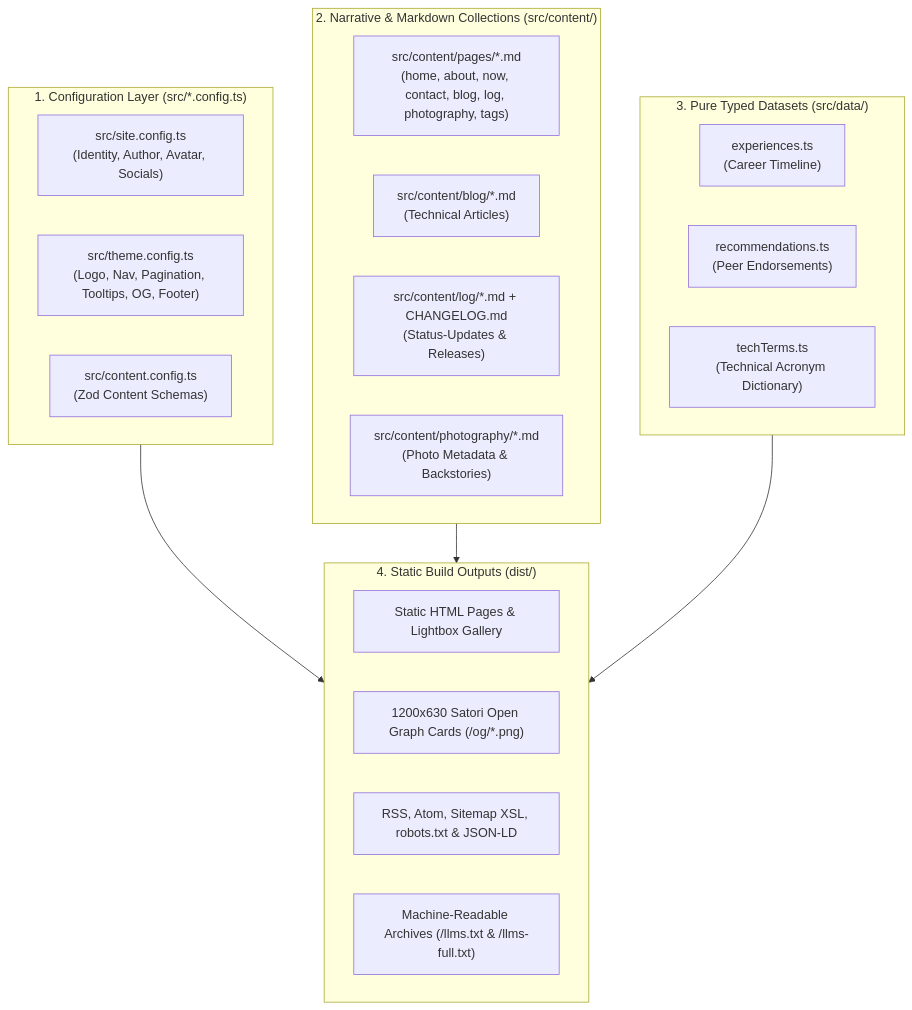
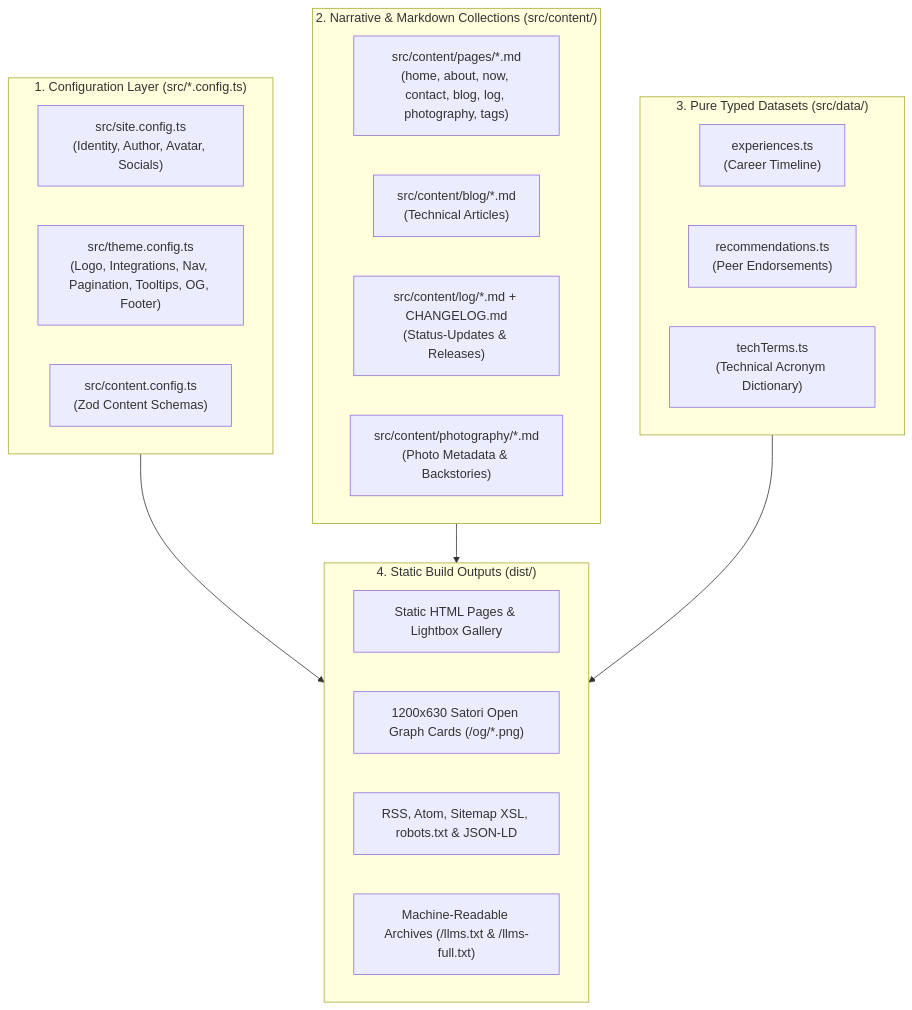
The diagram in src/content/blog/2026-11-03-part-1-customizing-this-astro-theme.md (edstuurman/the-navigator), drawn with Mermaid before and after one commit. The commit also changed other lines of this file and 74 other files, not shown here.

````diff
--- a/src/content/blog/2026-11-03-part-1-customizing-this-astro-theme.md
+++ b/src/content/blog/2026-11-03-part-1-customizing-this-astro-theme.md
@@ -20,32 +24,32 @@
 ```mermaid
 flowchart TD
     subgraph Configs["1. Configuration Layer (src/*.config.ts)"]
         SC["src/site.config.ts<br/>(Identity, Author, Avatar, Socials)"]
-        TC["src/theme.config.ts<br/>(Logo, Nav, Pagination, Tooltips, OG, Footer)"]
+        TC["src/theme.config.ts<br/>(Logo, Integrations, Nav, Pagination, Tooltips, OG, Footer)"]
         CC["src/content.config.ts<br/>(Zod Content Schemas)"]
     end
 
     subgraph Content["2. Narrative & Markdown Collections (src/content/)"]
         PG["src/content/pages/*.md<br/>(home, about, now, contact, blog, log, photography, tags)"]
         BL["src/content/blog/*.md<br/>(Technical Articles)"]
         LG["src/content/log/*.md + CHANGELOG.md<br/>(Status-Updates & Releases)"]
         PH["src/content/photography/*.md<br/>(Photo Metadata & Backstories)"]
     end
 
     subgraph Data["3. Pure Typed Datasets (src/data/)"]
         EX["experiences.ts<br/>(Career Timeline)"]
         RC["recommendations.ts<br/>(Peer Endorsements)"]
         TT["techTerms.ts<br/>(Technical Acronym Dictionary)"]
     end
 
     subgraph Outputs["4. Static Build Outputs (dist/)"]
         HTML["Static HTML Pages & Lightbox Gallery"]
         OG["1200x630 Satori Open Graph Cards (/og/*.png)"]
         FEEDS["RSS, Atom, Sitemap XSL, robots.txt & JSON-LD"]
         LLM["Machine-Readable Archives (/llms.txt & /llms-full.txt)"]
     end
 
     Configs --> Outputs
     Content --> Outputs
     Data --> Outputs
 ```
````
